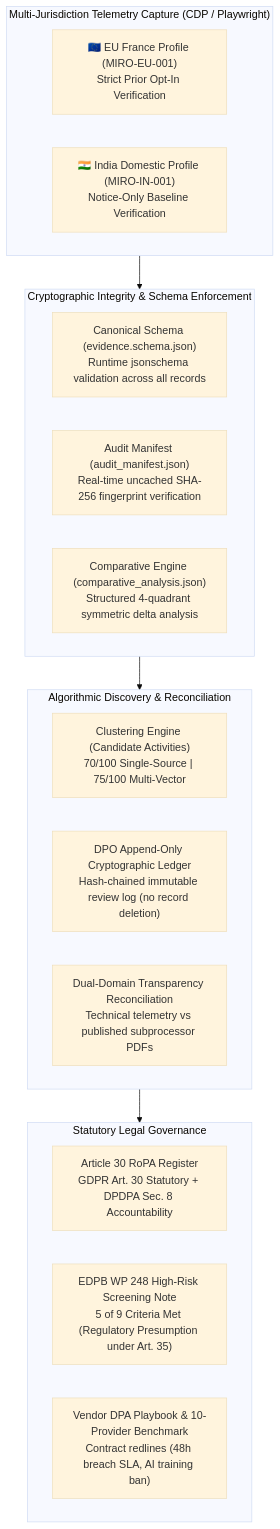
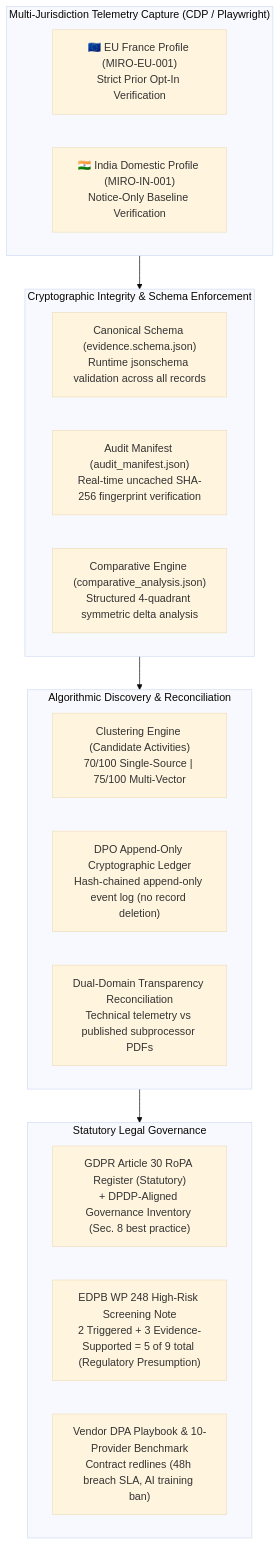
One commit to tbinitial-cyber/Privacy-Engineering-GRC-Platform changed the diagram in README.md. Above: the diagram before and after it, drawn with Mermaid (base theme). The commit also changed other lines of this file and 3 other files, not shown here.

````diff
--- a/README.md
+++ b/README.md
@@ -61,29 +61,29 @@
 ```mermaid
 flowchart TD
     subgraph CaptureLayer ["Multi-Jurisdiction Telemetry Capture (CDP / Playwright)"]
         A1["🇪🇺 EU France Profile (MIRO-EU-001)<br/>Strict Prior Opt-In Verification"]
         A2["🇮🇳 India Domestic Profile (MIRO-IN-001)<br/>Notice-Only Baseline Verification"]
     end
 
     subgraph IntegrityLayer ["Cryptographic Integrity & Schema Enforcement"]
         B1["Canonical Schema (evidence.schema.json)<br/>Runtime jsonschema validation across all records"]
         B2["Audit Manifest (audit_manifest.json)<br/>Real-time uncached SHA-256 fingerprint verification"]
         B3["Comparative Engine (comparative_analysis.json)<br/>Structured 4-quadrant symmetric delta analysis"]
     end
 
     subgraph DiscrepancyLayer ["Algorithmic Discovery & Reconciliation"]
         C1["Clustering Engine (Candidate Activities)<br/>70/100 Single-Source | 75/100 Multi-Vector"]
-        C2["DPO Append-Only Cryptographic Ledger<br/>Hash-chained immutable review log (no record deletion)"]
+        C2["DPO Append-Only Cryptographic Ledger<br/>Hash-chained append-only event log (no record deletion)"]
         C3["Dual-Domain Transparency Reconciliation<br/>Technical telemetry vs published subprocessor PDFs"]
     end
 
     subgraph StatutoryLayer ["Statutory Legal Governance"]
-        D1["Article 30 RoPA Register<br/>GDPR Art. 30 Statutory + DPDPA Sec. 8 Accountability"]
-        D2["EDPB WP 248 High-Risk Screening Note<br/>5 of 9 Criteria Met (Regulatory Presumption under Art. 35)"]
+        D1["GDPR Article 30 RoPA Register (Statutory)<br/>+ DPDP-Aligned Governance Inventory (Sec. 8 best practice)"]
+        D2["EDPB WP 248 High-Risk Screening Note<br/>2 Triggered + 3 Evidence-Supported = 5 of 9 total (Regulatory Presumption)"]
         D3["Vendor DPA Playbook & 10-Provider Benchmark<br/>Contract redlines (48h breach SLA, AI training ban)"]
     end
 
     CaptureLayer --> IntegrityLayer
     IntegrityLayer --> DiscrepancyLayer
     DiscrepancyLayer --> StatutoryLayer
 ```
````
